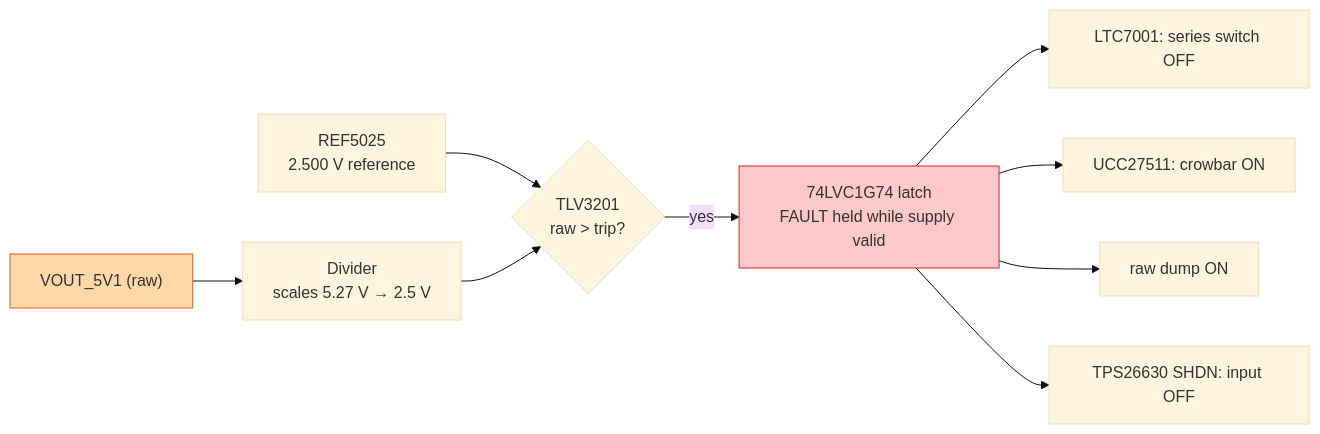
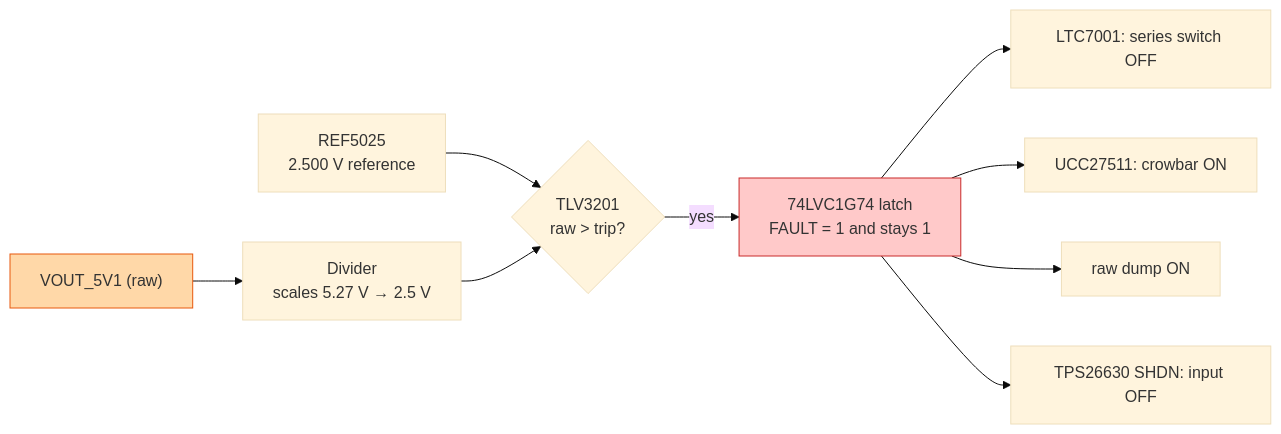
Before and after one commit to KaiserRichard/edge-ai-smart-power-module: the first of 4 diagrams in docs/lessons/03 Output protection.md, drawn with Mermaid (base theme). The commit also changed other lines of this file and 2 other files, not shown here.

First line of the commit message:
docs(lessons): lesson 03 schematic walk tied to the readable PDF

````diff
--- a/docs/lessons/03 Output protection.md
+++ b/docs/lessons/03 Output protection.md
@@ -108,13 +155,13 @@
 ```mermaid
 flowchart LR
     RAW["VOUT_5V1 (raw)"] --> DIV["Divider<br/>scales 5.27 V → 2.5 V"]
     REF["REF5025<br/>2.500 V reference"] --> CMP
     DIV --> CMP{"TLV3201<br/>raw > trip?"}
-    CMP -- "yes" --> FF["74LVC1G74 latch<br/>FAULT held while supply valid"]
+    CMP -- "yes" --> FF["74LVC1G74 latch<br/>FAULT = 1 and stays 1"]
     FF --> A1["LTC7001: series switch OFF"]
     FF --> A2["UCC27511: crowbar ON"]
     FF --> A3["raw dump ON"]
     FF --> A4["TPS26630 SHDN: input OFF"]
     style FF fill:#FFC9C9,stroke:#C92A2A
     style RAW fill:#FFD8A8,stroke:#E8590C
 ```
````
